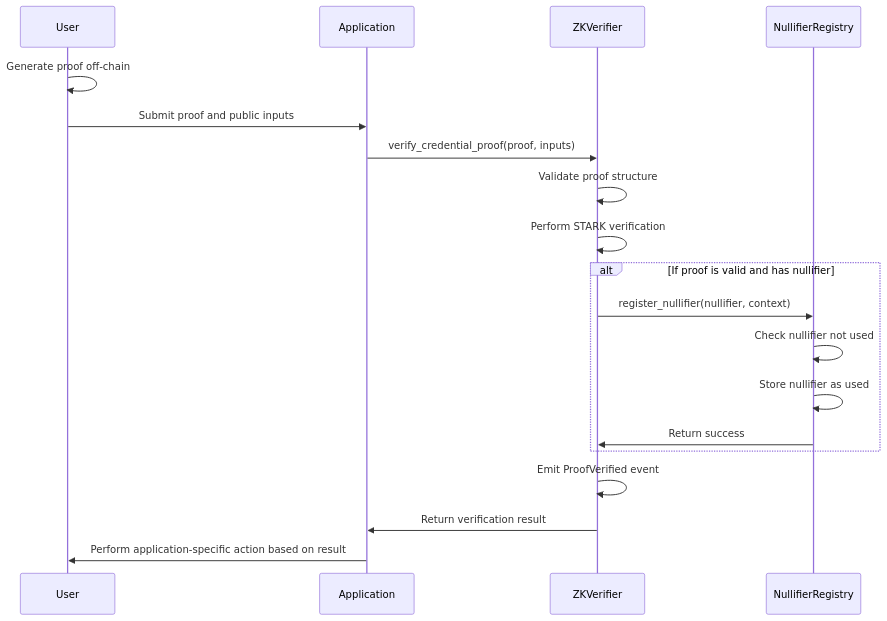
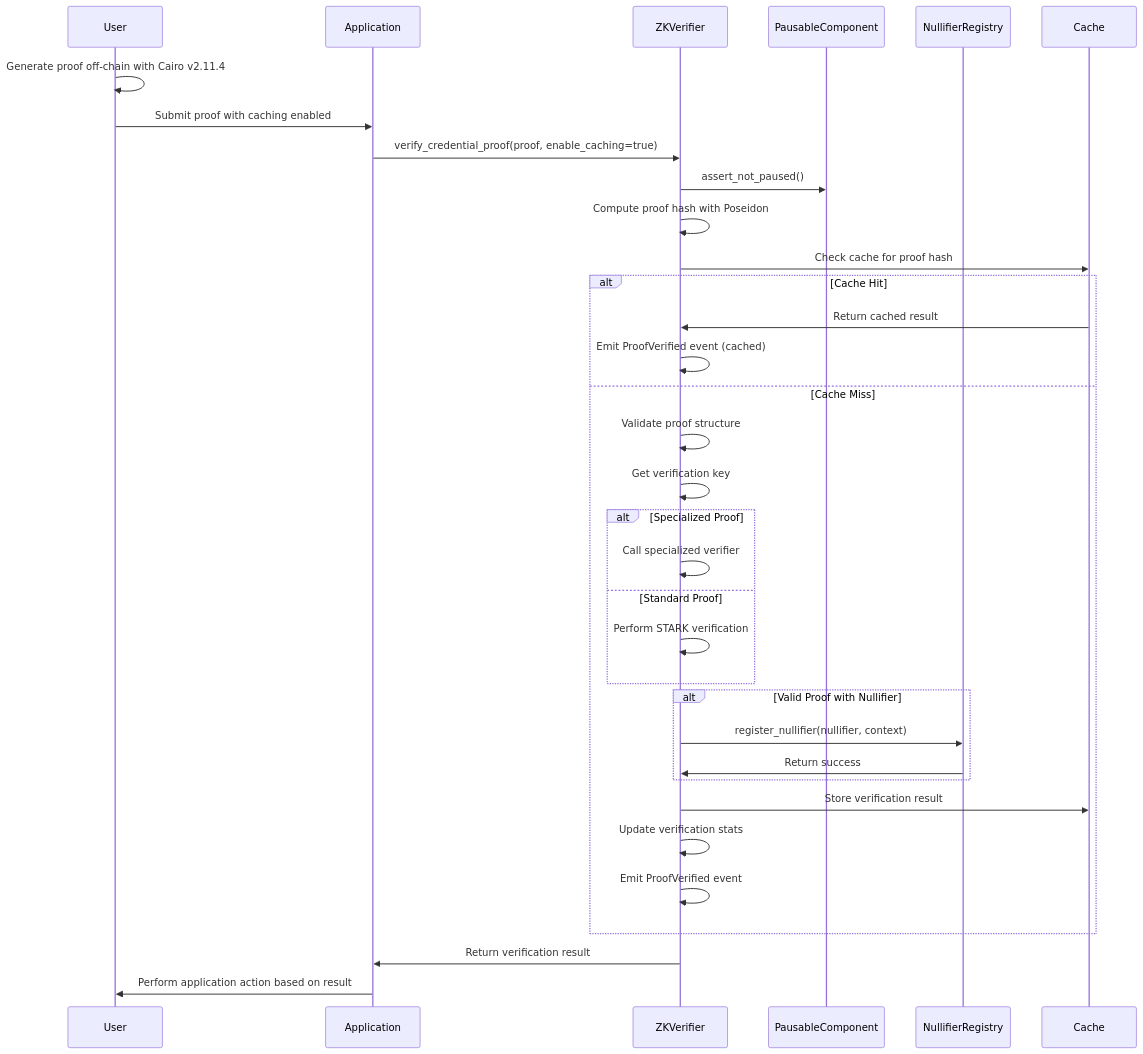
One commit to Cass402/DiD_repLayer_Starknet changed the fourth of 5 diagrams in docs/technical_deep_dive/smartContractArchitecture.md. Above: the diagram before and after it, drawn with Mermaid. The commit also changed other lines of this file, not shown here.

Commit message:
Upgrade Smart Contract Architecture Fixes #3

````diff
--- a/docs/technical_deep_dive/smartContractArchitecture.md
+++ b/docs/technical_deep_dive/smartContractArchitecture.md
@@ -1626,24 +1900,42 @@
 ```mermaid
 sequenceDiagram
     participant User
     participant Application
     participant ZKVerifier
+    participant PausableComponent
     participant NullifierRegistry
+    participant Cache
 
-    User->>User: Generate proof off-chain
-    User->>Application: Submit proof and public inputs
-    Application->>ZKVerifier: verify_credential_proof(proof, inputs)
-    ZKVerifier->>ZKVerifier: Validate proof structure
-    ZKVerifier->>ZKVerifier: Perform STARK verification
+    User->>User: Generate proof off-chain with Cairo v2.11.4
+    User->>Application: Submit proof with caching enabled
+    Application->>ZKVerifier: verify_credential_proof(proof, enable_caching=true)
+    ZKVerifier->>PausableComponent: assert_not_paused()
+    ZKVerifier->>ZKVerifier: Compute proof hash with Poseidon
+    ZKVerifier->>Cache: Check cache for proof hash
 
-    alt If proof is valid and has nullifier
-        ZKVerifier->>NullifierRegistry: register_nullifier(nullifier, context)
-        NullifierRegistry->>NullifierRegistry: Check nullifier not used
-        NullifierRegistry->>NullifierRegistry: Store nullifier as used
-        NullifierRegistry->>ZKVerifier: Return success
+    alt Cache Hit
+        Cache->>ZKVerifier: Return cached result
+        ZKVerifier->>ZKVerifier: Emit ProofVerified event (cached)
+    else Cache Miss
+        ZKVerifier->>ZKVerifier: Validate proof structure
+        ZKVerifier->>ZKVerifier: Get verification key
+
+        alt Specialized Proof
+            ZKVerifier->>ZKVerifier: Call specialized verifier
+        else Standard Proof
+            ZKVerifier->>ZKVerifier: Perform STARK verification
+        end
+
+        alt Valid Proof with Nullifier
+            ZKVerifier->>NullifierRegistry: register_nullifier(nullifier, context)
+            NullifierRegistry->>ZKVerifier: Return success
+        end
+
+        ZKVerifier->>Cache: Store verification result
+        ZKVerifier->>ZKVerifier: Update verification stats
+        ZKVerifier->>ZKVerifier: Emit ProofVerified event
     end
 
-    ZKVerifier->>ZKVerifier: Emit ProofVerified event
     ZKVerifier->>Application: Return verification result
-    Application->>User: Perform application-specific action based on result
+    Application->>User: Perform application action based on result
 ```
````
